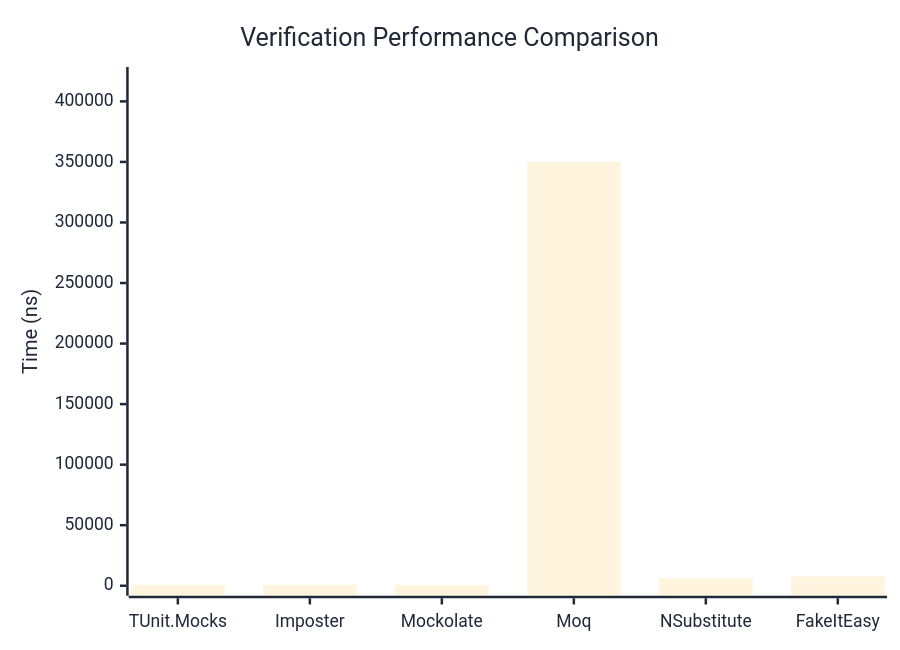
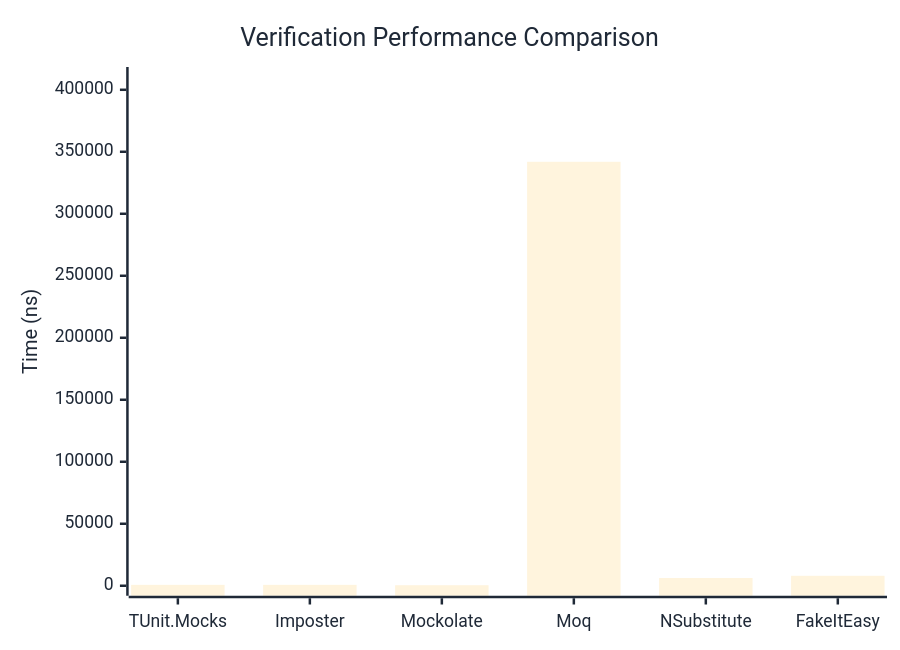
One commit to thomhurst/TUnit changed the first of 3 diagrams in docs/docs/benchmarks/mocks/Verification.md. Above: the diagram before and after it, drawn with Mermaid. The commit also changed other lines of this file and 14 other files, not shown here.

````diff
--- a/docs/docs/benchmarks/mocks/Verification.md
+++ b/docs/docs/benchmarks/mocks/Verification.md
@@ -30,27 +30,27 @@
 ```mermaid
 %%{init: {
   'theme':'base',
   'themeVariables': {
     'primaryColor': '#2563eb',
     'primaryTextColor': '#1f2937',
     'primaryBorderColor': '#1e40af',
     'lineColor': '#6b7280',
     'secondaryColor': '#7c3aed',
     'tertiaryColor': '#dc2626',
     'background': '#ffffff',
     'pie1': '#2563eb',
     'pie2': '#7c3aed',
     'pie3': '#dc2626',
     'pie4': '#f59e0b',
     'pie5': '#10b981',
     'pie6': '#06b6d4',
     'pie7': '#ec4899',
     'pie8': '#6366f1'
   }
 }}%%
 xychart-beta
   title "Verification Performance Comparison"
   x-axis ["TUnit.Mocks", "Imposter", "Mockolate", "Moq", "NSubstitute", "FakeItEasy"]
-  y-axis "Time (ns)" 0 --> 420124
-  bar [738.04, 717.07, 420.57, 350102.94, 6313.52, 7682.74]
+  y-axis "Time (ns)" 0 --> 410310
+  bar [724.69, 724.41, 419.73, 341924.83, 6242.97, 8025.86]
 ```
````
